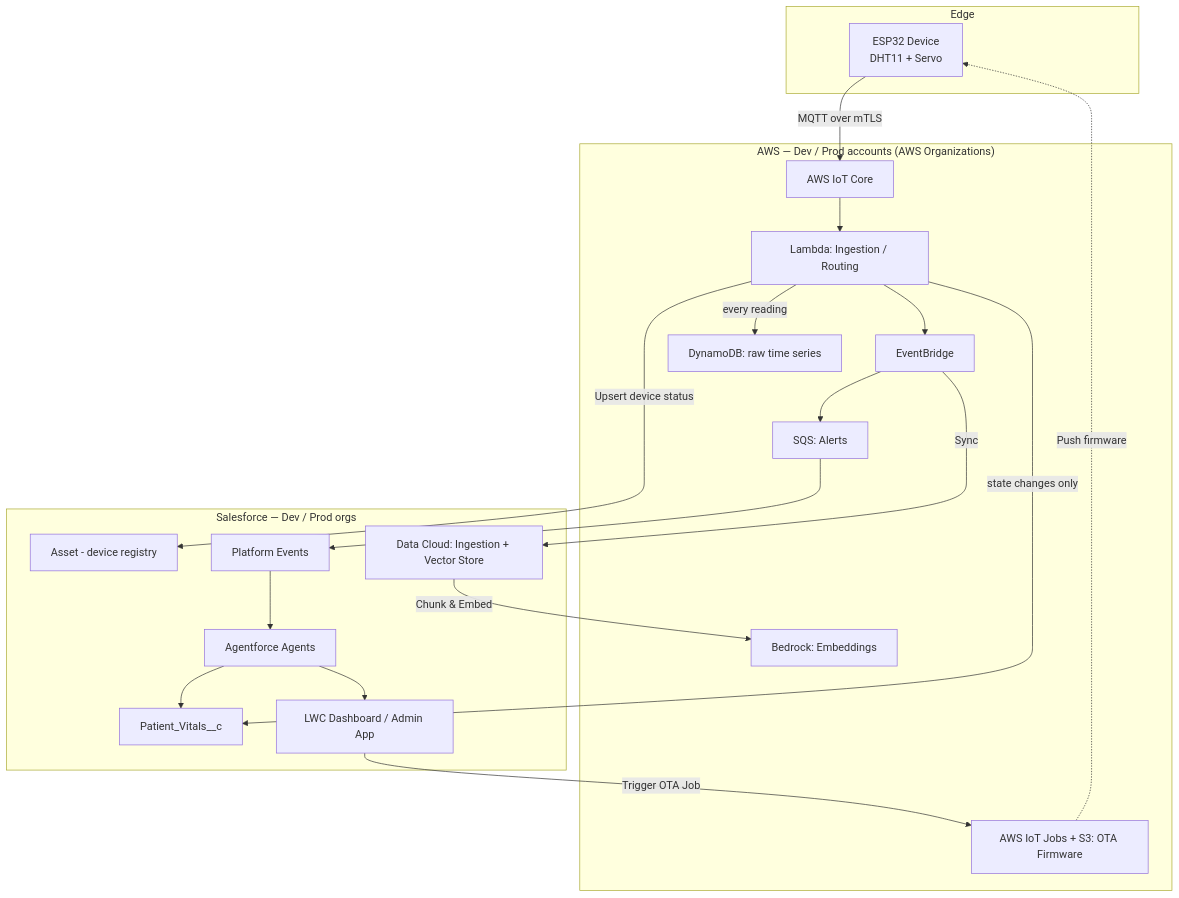
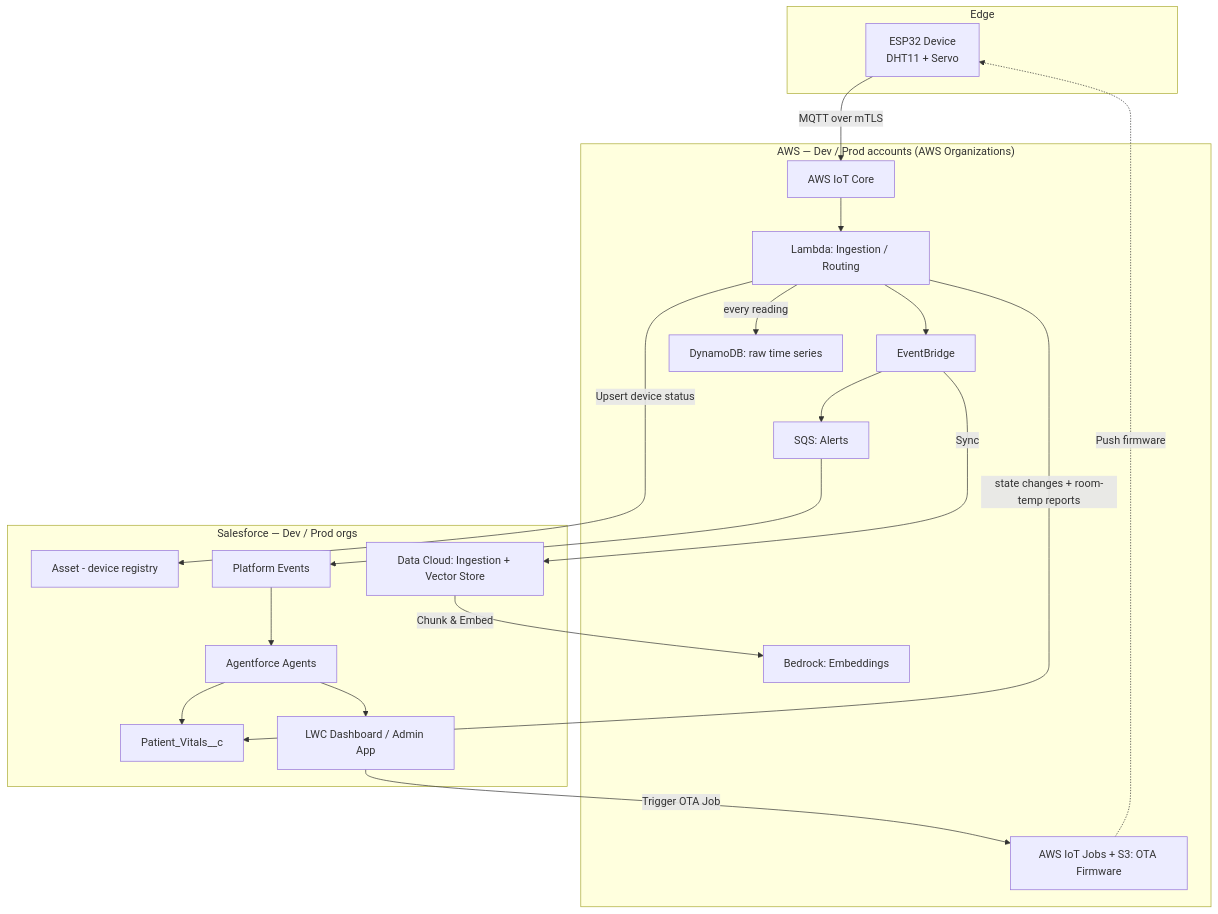
The diagram in README.md (CloudArchitect101/Cloud-Agentic-IoT), drawn with Mermaid before and after one commit. The commit also changed other lines of this file and 3 other files, not shown here.

````diff
--- a/README.md
+++ b/README.md
@@ -41,41 +41,41 @@
 ```mermaid
 graph TB
     subgraph Edge
         A[ESP32 Device<br/>DHT11 + Servo]
     end
 
     subgraph "AWS — Dev / Prod accounts (AWS Organizations)"
         B[AWS IoT Core]
         C[Lambda: Ingestion / Routing]
         D[EventBridge]
         E[DynamoDB: raw time series]
         F[Bedrock: Embeddings]
         G[SQS: Alerts]
         H[AWS IoT Jobs + S3: OTA Firmware]
     end
 
     subgraph "Salesforce — Dev / Prod orgs"
         I[Asset - device registry]
         J[Data Cloud: Ingestion + Vector Store]
         K[Patient_Vitals__c]
         L[Platform Events]
         M[Agentforce Agents]
         N[LWC Dashboard / Admin App]
     end
 
     A -- MQTT over mTLS --> B
     B --> C
     C -- every reading --> E
-    C -- state changes only --> K
+    C -- state changes + room-temp reports --> K
     C --> D
     D --> G
     D -- Sync --> J
     J -- Chunk & Embed --> F
     C -- Upsert device status --> I
     G --> L
     L --> M
     M --> K
     M --> N
     N -- Trigger OTA Job --> H
     H -. Push firmware .-> A
 ```
````
